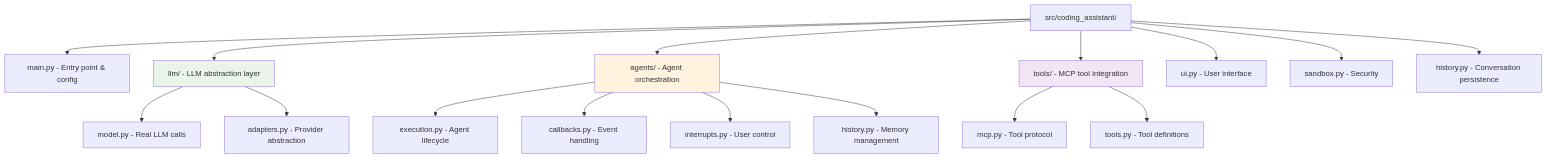
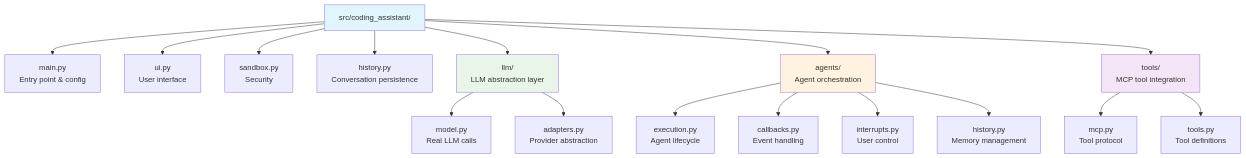
The second of 17 diagrams in docs-content/01_frameworks/Session1_ModuleD_Coding_Assistant_Case_Study.md (fwornle/agentic-ai-nano), drawn with Mermaid before and after one commit. The commit also changed other lines of this file, not shown here.

Commit message:
docs: review Option D

````diff
--- a/docs-content/01_frameworks/Session1_ModuleD_Coding_Assistant_Case_Study.md
+++ b/docs-content/01_frameworks/Session1_ModuleD_Coding_Assistant_Case_Study.md
@@ -56,25 +56,28 @@
 ```mermaid
-graph TD
-    A[src/coding_assistant/] --> B[main.py - Entry point & config]
-    A --> C[llm/ - LLM abstraction layer]
-    A --> D[agents/ - Agent orchestration]
-    A --> E[tools/ - MCP tool integration]
-    A --> F[ui.py - User interface]
-    A --> G[sandbox.py - Security]
-    A --> H[history.py - Conversation persistence]
+graph TB
+    ROOT[src/coding_assistant/]
     
-    C --> C1[model.py - Real LLM calls]
-    C --> C2[adapters.py - Provider abstraction]
+    ROOT --> MAIN[main.py<br/>Entry point & config]
+    ROOT --> UI[ui.py<br/>User interface]
+    ROOT --> SAND[sandbox.py<br/>Security]
+    ROOT --> HIST[history.py<br/>Conversation persistence]
     
-    D --> D1[execution.py - Agent lifecycle]
-    D --> D2[callbacks.py - Event handling]
-    D --> D3[interrupts.py - User control]
-    D --> D4[history.py - Memory management]
+    ROOT --> LLM[llm/<br/>LLM abstraction layer]
+    LLM --> LLM1[model.py<br/>Real LLM calls]
+    LLM --> LLM2[adapters.py<br/>Provider abstraction]
     
-    E --> E1[mcp.py - Tool protocol]
-    E --> E2[tools.py - Tool definitions]
+    ROOT --> AGENTS[agents/<br/>Agent orchestration]
+    AGENTS --> AG1[execution.py<br/>Agent lifecycle]
+    AGENTS --> AG2[callbacks.py<br/>Event handling]
+    AGENTS --> AG3[interrupts.py<br/>User control]
+    AGENTS --> AG4[history.py<br/>Memory management]
     
-    style C fill:#e8f5e8
-    style D fill:#fff3e0
-    style E fill:#f3e5f5
+    ROOT --> TOOLS[tools/<br/>MCP tool integration]
+    TOOLS --> T1[mcp.py<br/>Tool protocol]
+    TOOLS --> T2[tools.py<br/>Tool definitions]
+    
+    style LLM fill:#e8f5e8
+    style AGENTS fill:#fff3e0
+    style TOOLS fill:#f3e5f5
+    style ROOT fill:#e1f5fe
 ```
````
